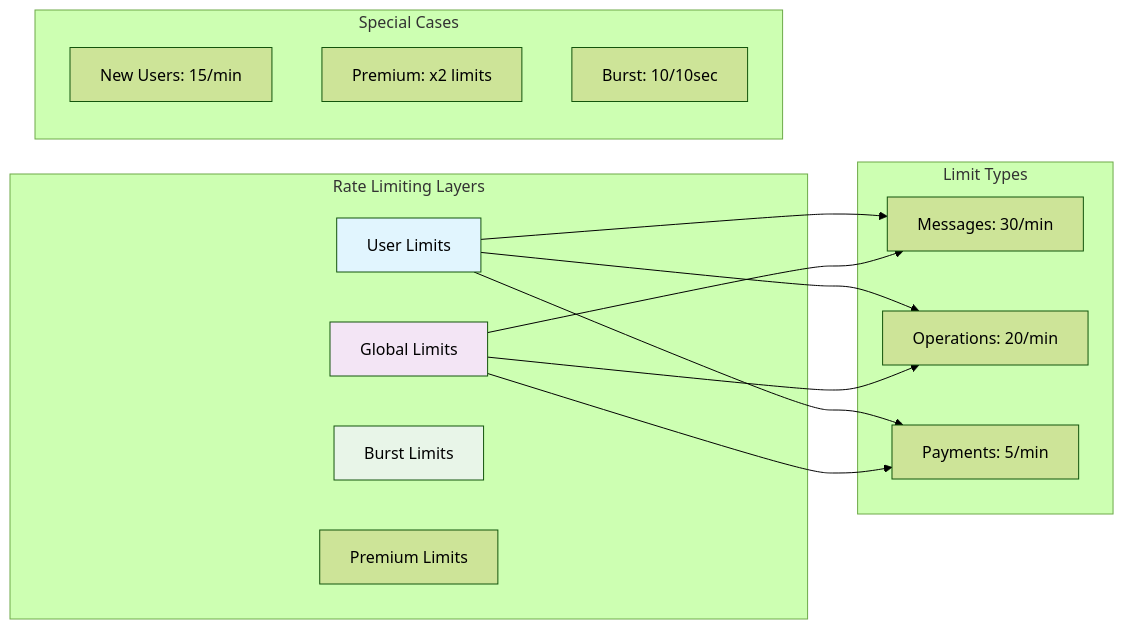
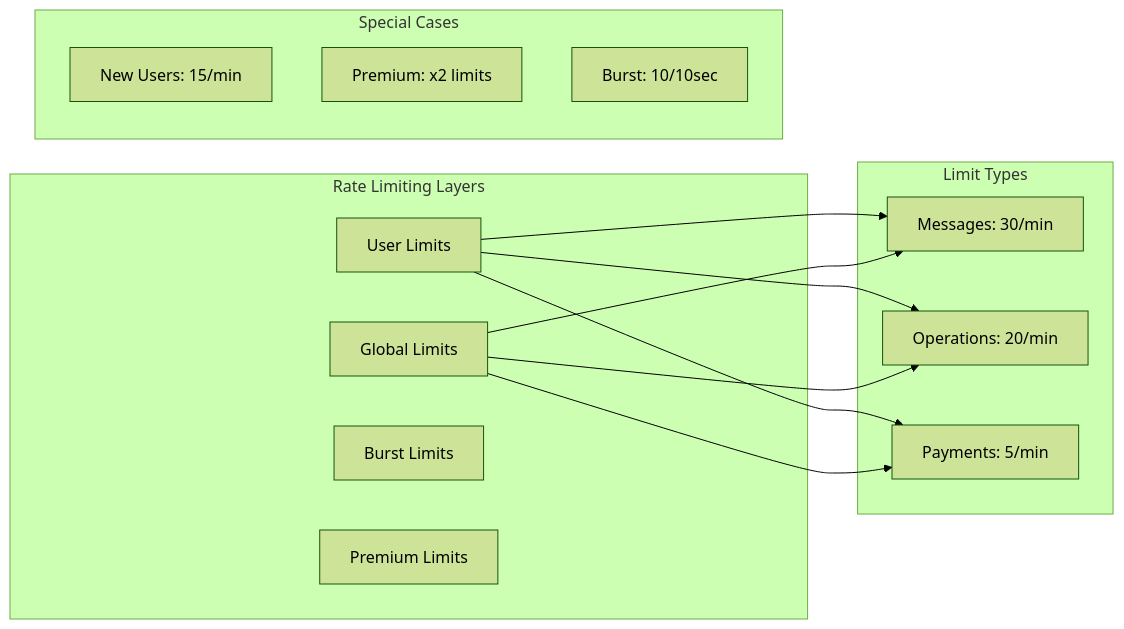
Before and after one commit to neKamita/Mirza-Telegram-Shop-Bot: the ninth of 10 diagrams in README.md, drawn with Mermaid (forest theme). The commit also changed other lines of this file, not shown here.

````diff
--- a/README.md
+++ b/README.md
@@ -552,33 +535,30 @@
 ```mermaid
 graph LR
     subgraph "Rate Limiting Layers"
         UL[User Limits]
         GL[Global Limits]
         BL[Burst Limits]
         PL[Premium Limits]
     end
 
     subgraph "Limit Types"
         MSG[Messages: 30/min]
         OPS[Operations: 20/min]
         PAY[Payments: 5/min]
     end
 
     subgraph "Special Cases"
         NEW[New Users: 15/min]
         PREM[Premium: x2 limits]
         BURST[Burst: 10/10sec]
     end
 
     UL --> MSG
     UL --> OPS
     UL --> PAY
     
     GL --> MSG
     GL --> OPS
     GL --> PAY
 
-    style UL fill:#e1f5fe
-    style GL fill:#f3e5f5
-    style BL fill:#e8f5e8
 ```
````
